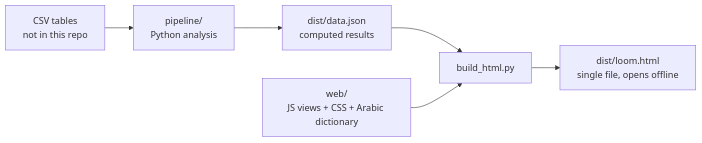
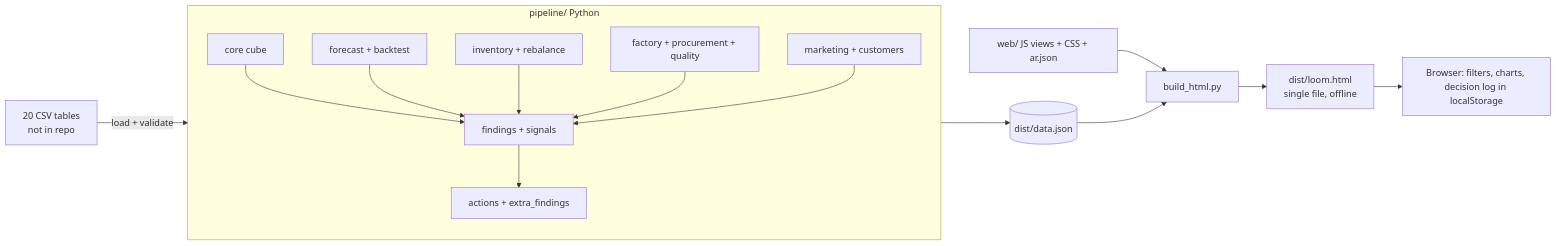
The diagram in README.md (Youssef-Hesham-Jadallah/El-Sharnouby-Group-Decision-Intelligence), drawn with Mermaid before and after one commit. The commit also changed other lines of this file, not shown here.

````diff
--- a/README.md
+++ b/README.md
@@ -62,8 +67,17 @@
 ```mermaid
 flowchart LR
-    A[CSV tables<br/>not in this repo] --> B[pipeline/<br/>Python analysis]
-    B --> C[dist/data.json<br/>computed results]
-    C --> D[build_html.py]
-    E[web/<br/>JS views + CSS + Arabic dictionary] --> D
-    D --> F[dist/loom.html<br/>single file, opens offline]
+  CSV[20 CSV tables<br/>not in repo] -->|load + validate| PIPE
+  subgraph PIPE[pipeline/ Python]
+    CORE[core cube] --> INS[findings + signals]
+    FC[forecast + backtest] --> INS
+    INV[inventory + rebalance] --> INS
+    FAC[factory + procurement + quality] --> INS
+    MKT[marketing + customers] --> INS
+    INS --> ACT[actions + extra_findings]
+  end
+  PIPE --> JSON[(dist/data.json)]
+  WEB[web/ JS views + CSS + ar.json] --> BUILD[build_html.py]
+  JSON --> BUILD
+  BUILD --> HTML[dist/loom.html<br/>single file, offline]
+  HTML --> BROWSER[Browser: filters, charts, decision log in localStorage]
 ```
````
